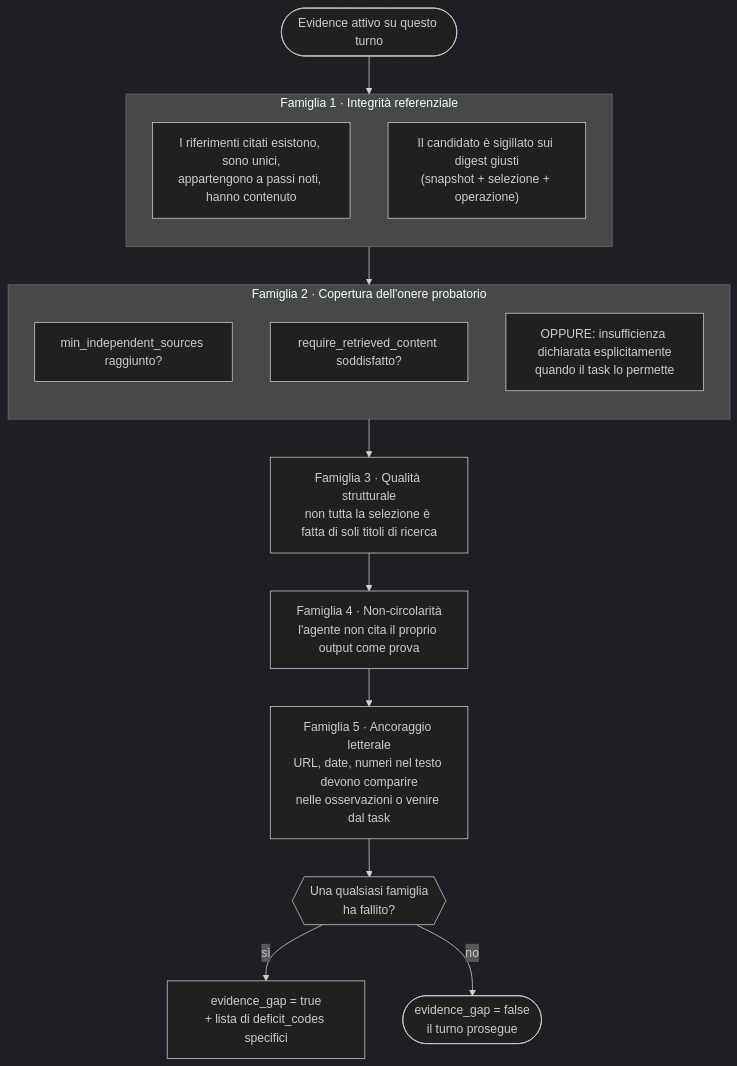
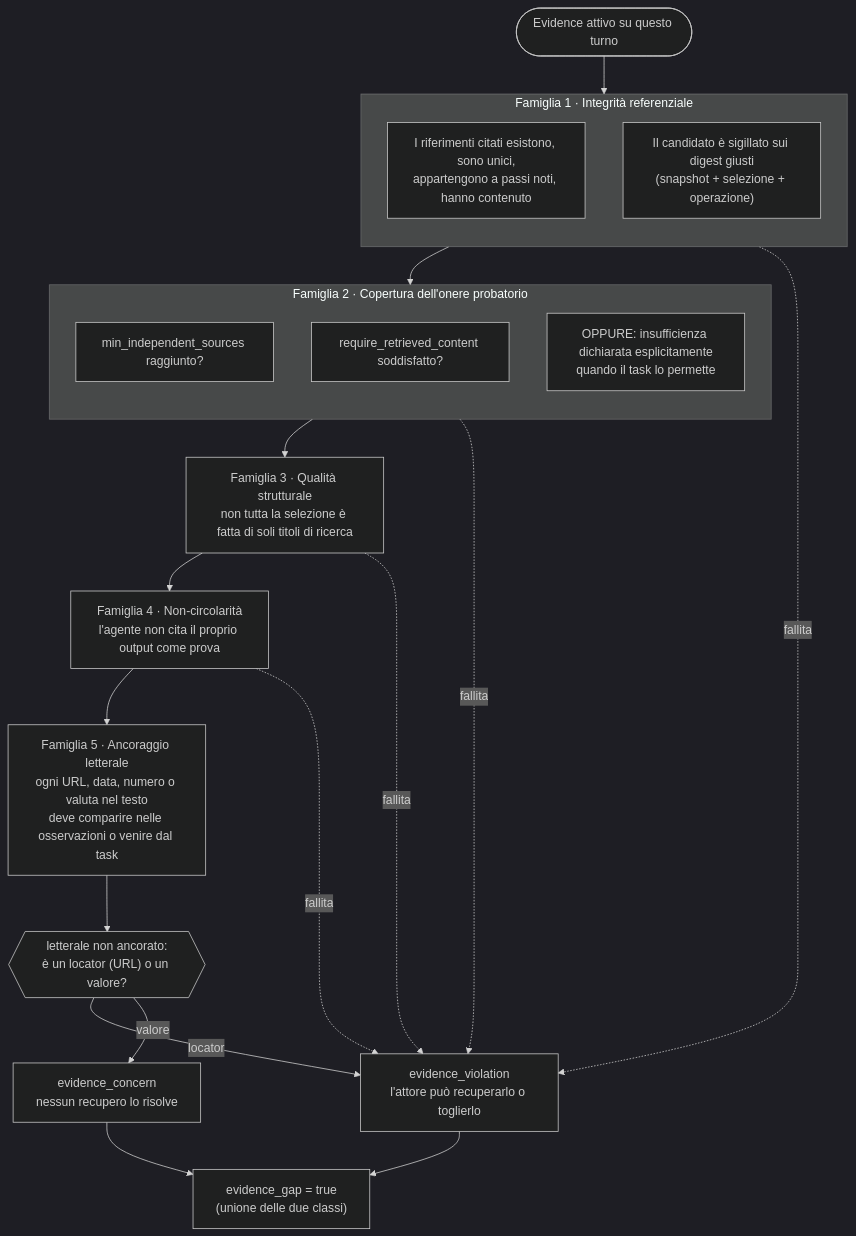
One commit to francescogabrieli/agents_oversight_engine changed the third of 8 diagrams in docs/contracts_and_policy/pillars_riferimento_completo.md. Above: the diagram before and after it, drawn with Mermaid (dark theme). The commit also changed other lines of this file and 13 other files, not shown here.

````diff
--- a/docs/contracts_and_policy/pillars_riferimento_completo.md
+++ b/docs/contracts_and_policy/pillars_riferimento_completo.md
@@ -151,22 +151,27 @@
 ```mermaid
 flowchart TD
     START(["Evidence attivo su questo turno"]) --> F1
     subgraph F1["Famiglia 1 · Integrità referenziale"]
       direction TB
       f1a["I riferimenti citati esistono, sono unici,<br/>appartengono a passi noti, hanno contenuto"]
       f1b["Il candidato è sigillato sui digest giusti<br/>(snapshot + selezione + operazione)"]
     end
     F1 --> F2
     subgraph F2["Famiglia 2 · Copertura dell'onere probatorio"]
       direction TB
       f2a["min_independent_sources raggiunto?"]
       f2b["require_retrieved_content soddisfatto?"]
       f2c["OPPURE: insufficienza dichiarata esplicitamente<br/>quando il task lo permette"]
     end
     F2 --> F3["Famiglia 3 · Qualità strutturale<br/>non tutta la selezione è fatta di soli titoli di ricerca"]
     F3 --> F4["Famiglia 4 · Non-circolarità<br/>l'agente non cita il proprio output come prova"]
-    F4 --> F5["Famiglia 5 · Ancoraggio letterale<br/>URL, date, numeri nel testo devono comparire<br/>nelle osservazioni o venire dal task"]
-    F5 --> GAP{{"Una qualsiasi famiglia<br/>ha fallito?"}}
-    GAP -->|sì| CODES["evidence_gap = true<br/>+ lista di deficit_codes specifici"]
-    GAP -->|no| PASS(["evidence_gap = false<br/>il turno prosegue"])
+    F4 --> F5["Famiglia 5 · Ancoraggio letterale<br/>ogni URL, data, numero o valuta nel testo<br/>deve comparire nelle osservazioni o venire dal task"]
+    F5 --> SPLIT{{"letterale non ancorato:<br/>è un locator (URL) o un valore?"}}
+    SPLIT -->|locator| VIOL["evidence_violation<br/>l'attore può recuperarlo o toglierlo"]
+    SPLIT -->|valore| CONC["evidence_concern<br/>nessun recupero lo risolve"]
+    F1 -.fallita.-> VIOL
+    F2 -.fallita.-> VIOL
+    F3 -.fallita.-> VIOL
+    F4 -.fallita.-> VIOL
+    VIOL & CONC --> GAP["evidence_gap = true<br/>(unione delle due classi)"]
 ```
````
